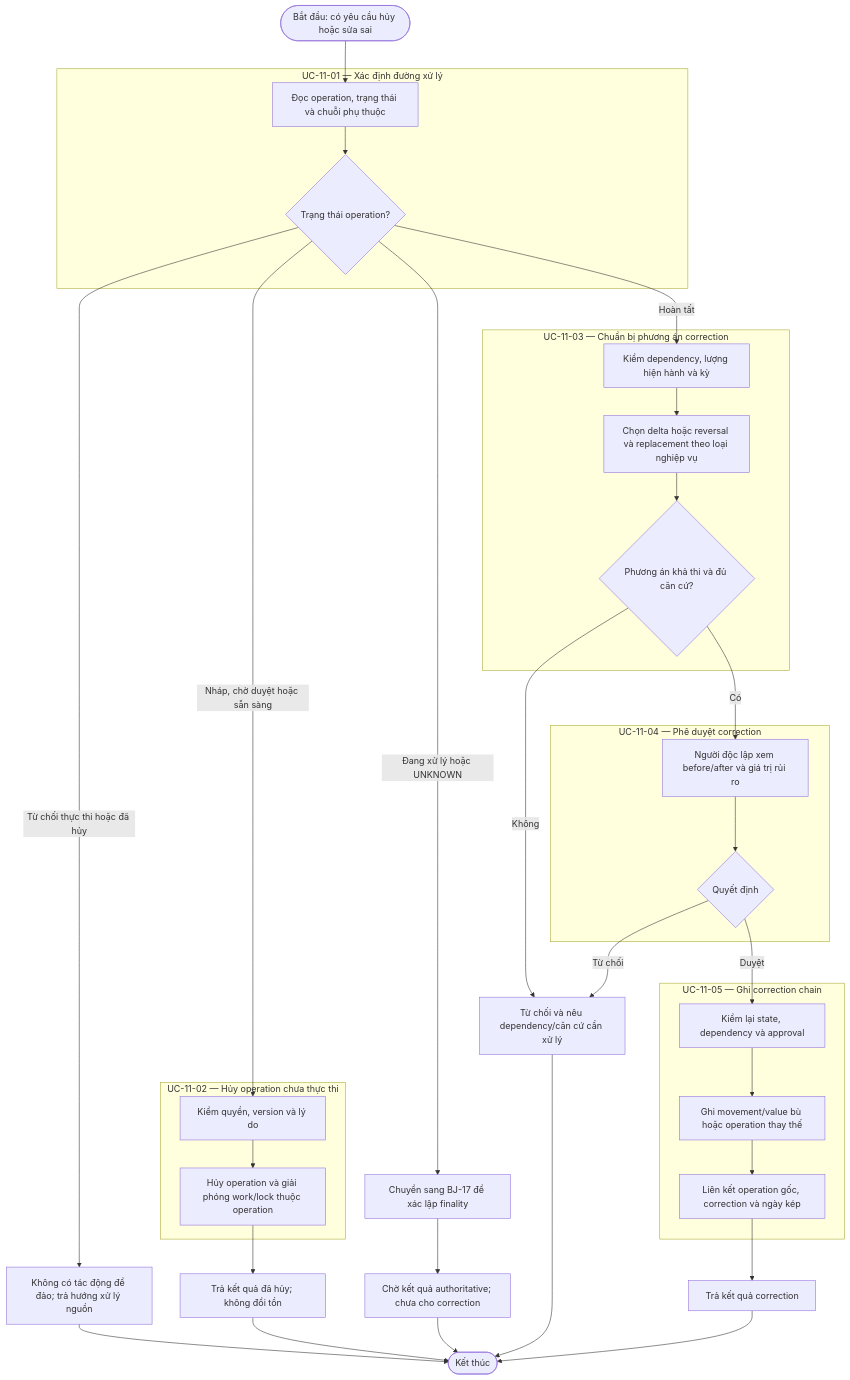
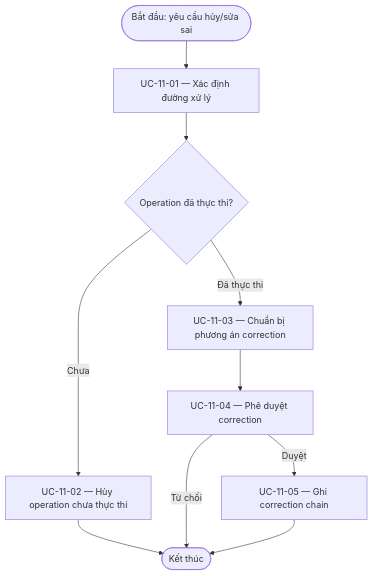
One commit to DsChien102/erp-sales-inventory changed the diagram in specs/themes/theme-07/02.specification/behavior/journeys/BJ-11-huy-va-sua-sai-nghiep-vu-kho.md. Above: the diagram before and after it, drawn with Mermaid. The commit also changed other lines of this file and 4136 other files, not shown here.

````diff
--- a/specs/themes/theme-07/02.specification/behavior/journeys/BJ-11-huy-va-sua-sai-nghiep-vu-kho.md
+++ b/specs/themes/theme-07/02.specification/behavior/journeys/BJ-11-huy-va-sua-sai-nghiep-vu-kho.md
@@ -51,48 +32,12 @@
 ```mermaid
 flowchart TD
-    S([Bắt đầu: có yêu cầu hủy hoặc sửa sai]) --> U1A
-
-    subgraph U1["UC-11-01 — Xác định đường xử lý"]
-        U1A[Đọc operation, trạng thái và chuỗi phụ thuộc] --> U1B{Trạng thái operation?}
-    end
-
-    U1B -->|Nháp, chờ duyệt hoặc sẵn sàng| U2A
-    U1B -->|Đang xử lý hoặc UNKNOWN| H[Chuyển sang BJ-17 để xác lập finality]
-    U1B -->|Hoàn tất| U3A
-    U1B -->|Từ chối thực thi hoặc đã hủy| R0[Không có tác động để đảo; trả hướng xử lý nguồn]
-
-    subgraph U2["UC-11-02 — Hủy operation chưa thực thi"]
-        U2A[Kiểm quyền, version và lý do] --> U2B[Hủy operation và giải phóng work/lock thuộc operation]
-    end
-
-    U2B --> R1[Trả kết quả đã hủy; không đổi tồn]
-
-    H --> R2[Chờ kết quả authoritative; chưa cho correction]
-
-    subgraph U3["UC-11-03 — Chuẩn bị phương án correction"]
-        U3A[Kiểm dependency, lượng hiện hành và kỳ] --> U3B[Chọn delta hoặc reversal và replacement theo loại nghiệp vụ]
-        U3B --> U3C{Phương án khả thi và đủ căn cứ?}
-    end
-
-    U3C -->|Không| R3[Từ chối và nêu dependency/căn cứ cần xử lý]
-    U3C -->|Có| U4A
-
-    subgraph U4["UC-11-04 — Phê duyệt correction"]
-        U4A[Người độc lập xem before/after và giá trị rủi ro] --> U4B{Quyết định}
-    end
-
-    U4B -->|Từ chối| R3
-    U4B -->|Duyệt| SUA
-
-    subgraph SU["UC-11-05 — Ghi correction chain"]
-        SUA[Kiểm lại state, dependency và approval] --> SUB[Ghi movement/value bù hoặc operation thay thế]
-        SUB --> SUC[Liên kết operation gốc, correction và ngày kép]
-    end
-
-    SUC --> R4[Trả kết quả correction]
-    R0 --> E([Kết thúc])
-    R1 --> E
-    R2 --> E
-    R3 --> E
-    R4 --> E
+    Begin([Bắt đầu: yêu cầu hủy/sửa sai]) --> U1["UC-11-01 — Xác định đường xử lý"]
+    U1 --> D{"Operation đã thực thi?"}
+    D -->|Chưa| U2["UC-11-02 — Hủy operation chưa thực thi"]
+    U2 --> End([Kết thúc])
+    D -->|Đã thực thi| U3["UC-11-03 — Chuẩn bị phương án correction"]
+    U3 --> U4["UC-11-04 — Phê duyệt correction"]
+    U4 -->|Duyệt| U5["UC-11-05 — Ghi correction chain"]
+    U4 -->|Từ chối| End
+    U5 --> End
 ```
````
